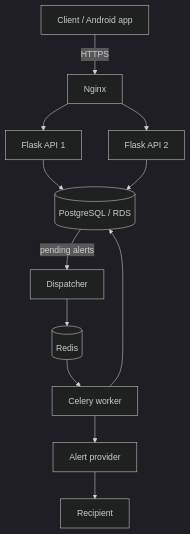
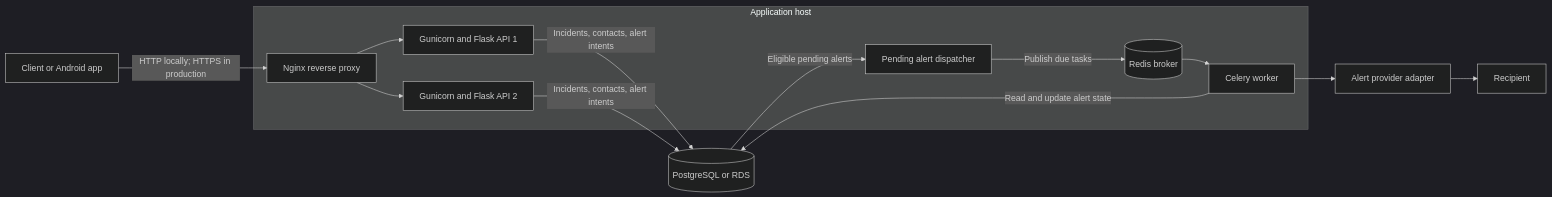
Before and after one commit to Pavanid2325/aishieldforher: the diagram in README.md, drawn with Mermaid (dark theme). The commit also changed other lines of this file, not shown here.

Commit message:
Expand README and render architecture diagram

````diff
--- a/README.md
+++ b/README.md
@@ -24,14 +18,18 @@
 ```mermaid
-flowchart TD
-    Client["Client / Android app"] -->|HTTPS| N["Nginx"]
-    N --> API1["Flask API 1"]
-    N --> API2["Flask API 2"]
-    API1 --> DB[(PostgreSQL / RDS)]
-    API2 --> DB
-    DB -->|pending alerts| D["Dispatcher"]
-    D --> R[(Redis)]
-    R --> W["Celery worker"]
-    W --> DB
-    W --> P["Alert provider"]
-    P --> Recipient["Recipient"]
+flowchart LR
+    Client["Client or Android app"] -->|"HTTP locally; HTTPS in production"| Proxy["Nginx reverse proxy"]
+
+    subgraph Host["Application host"]
+        Proxy --> API1["Gunicorn and Flask API 1"]
+        Proxy --> API2["Gunicorn and Flask API 2"]
+        Dispatcher["Pending alert dispatcher"] -->|"Publish due tasks"| Redis[(Redis broker)]
+        Redis --> Worker["Celery worker"]
+    end
+
+    API1 -->|"Incidents, contacts, alert intents"| DB[(PostgreSQL or RDS)]
+    API2 -->|"Incidents, contacts, alert intents"| DB
+    DB -->|"Eligible pending alerts"| Dispatcher
+    Worker -->|"Read and update alert state"| DB
+    Worker --> Provider["Alert provider adapter"]
+    Provider --> Recipient["Recipient"]
 ```
````
